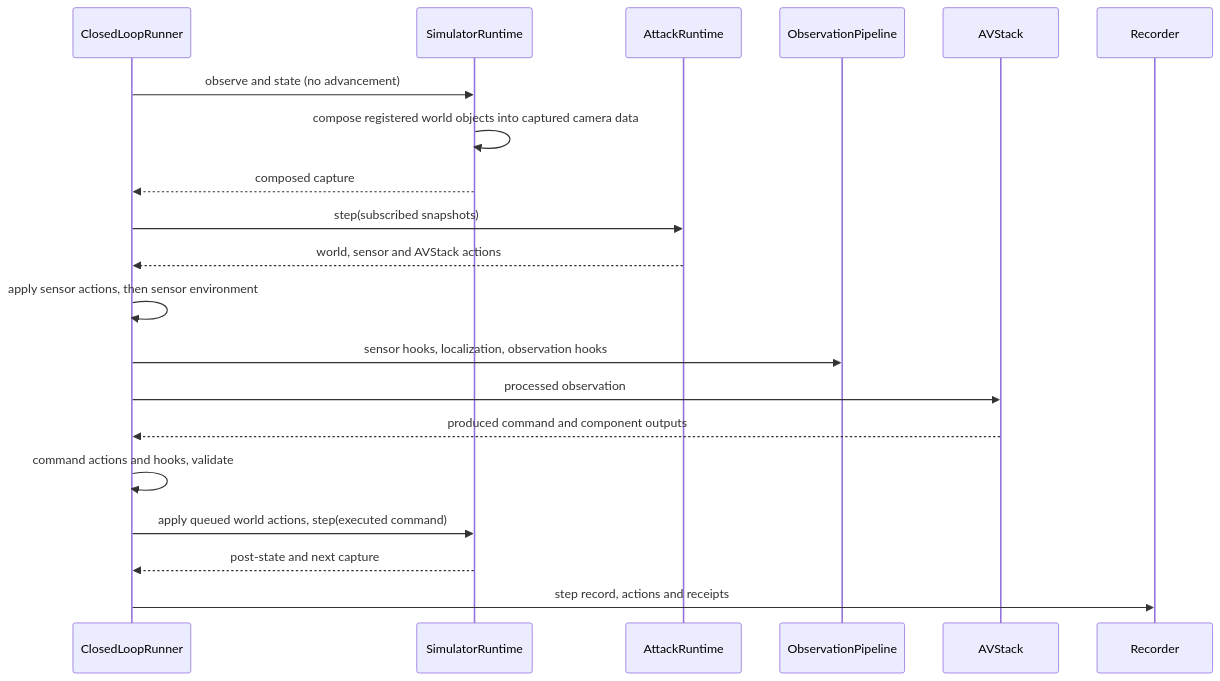
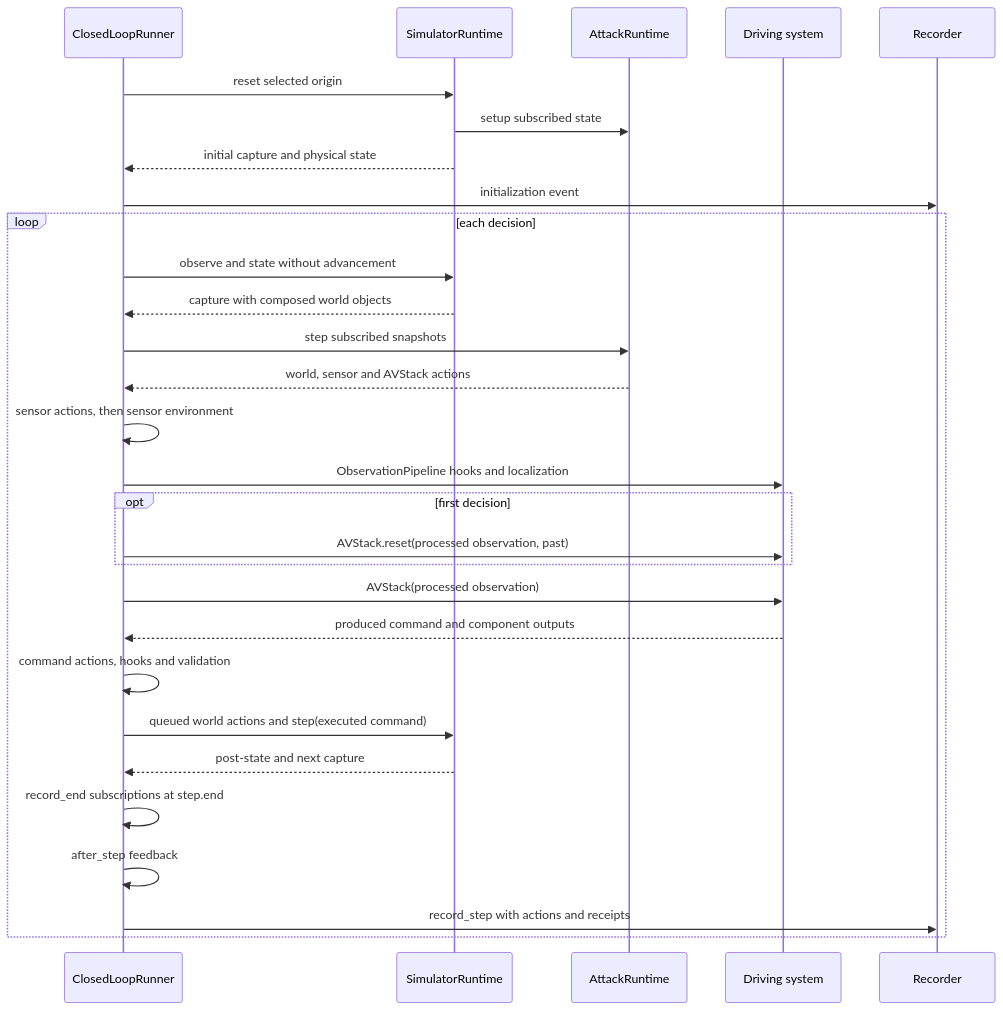
The diagram in docs/reference/runtime.md (AVSecProject/AVSecTester), drawn with Mermaid before and after one commit. The commit also changed other lines of this file and 264 other files, not shown here.

````diff
--- a/docs/reference/runtime.md
+++ b/docs/reference/runtime.md
@@ -25,22 +29,31 @@
 ```mermaid
 sequenceDiagram
     participant R as ClosedLoopRunner
     participant S as SimulatorRuntime
     participant A as AttackRuntime
-    participant V as ObservationPipeline
-    participant D as AVStack
+    participant D as Driving system
     participant L as Recorder
-    R->>S: observe and state (no advancement)
-    S->>S: compose registered world objects into captured camera data
-    S-->>R: composed capture
-    R->>A: step(subscribed snapshots)
-    A-->>R: world, sensor and AVStack actions
-    R->>R: apply sensor actions, then sensor environment
-    R->>V: sensor hooks, localization, observation hooks
-    R->>D: processed observation
-    D-->>R: produced command and component outputs
-    R->>R: command actions and hooks, validate
-    R->>S: apply queued world actions, step(executed command)
-    S-->>R: post-state and next capture
-    R->>L: step record, actions and receipts
+    R->>S: reset selected origin
+    S->>A: setup subscribed state
+    S-->>R: initial capture and physical state
+    R->>L: initialization event
+    loop each decision
+        R->>S: observe and state without advancement
+        S-->>R: capture with composed world objects
+        R->>A: step subscribed snapshots
+        A-->>R: world, sensor and AVStack actions
+        R->>R: sensor actions, then sensor environment
+        R->>D: ObservationPipeline hooks and localization
+        opt first decision
+            R->>D: AVStack.reset(processed observation, past)
+        end
+        R->>D: AVStack(processed observation)
+        D-->>R: produced command and component outputs
+        R->>R: command actions, hooks and validation
+        R->>S: queued world actions and step(executed command)
+        S-->>R: post-state and next capture
+        R->>R: record_end subscriptions at step.end
+        R->>R: after_step feedback
+        R->>L: record_step with actions and receipts
+    end
 ```
````
